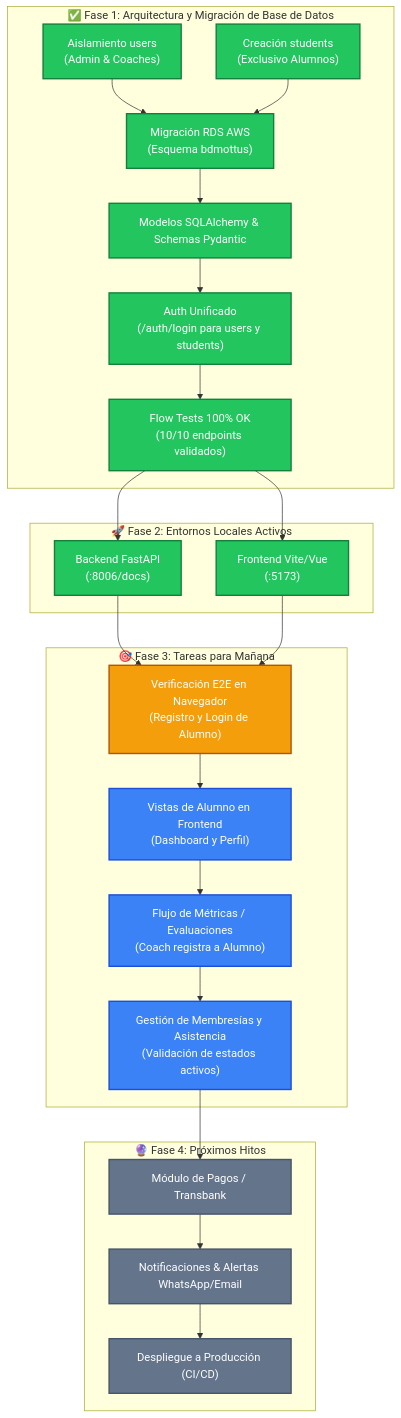
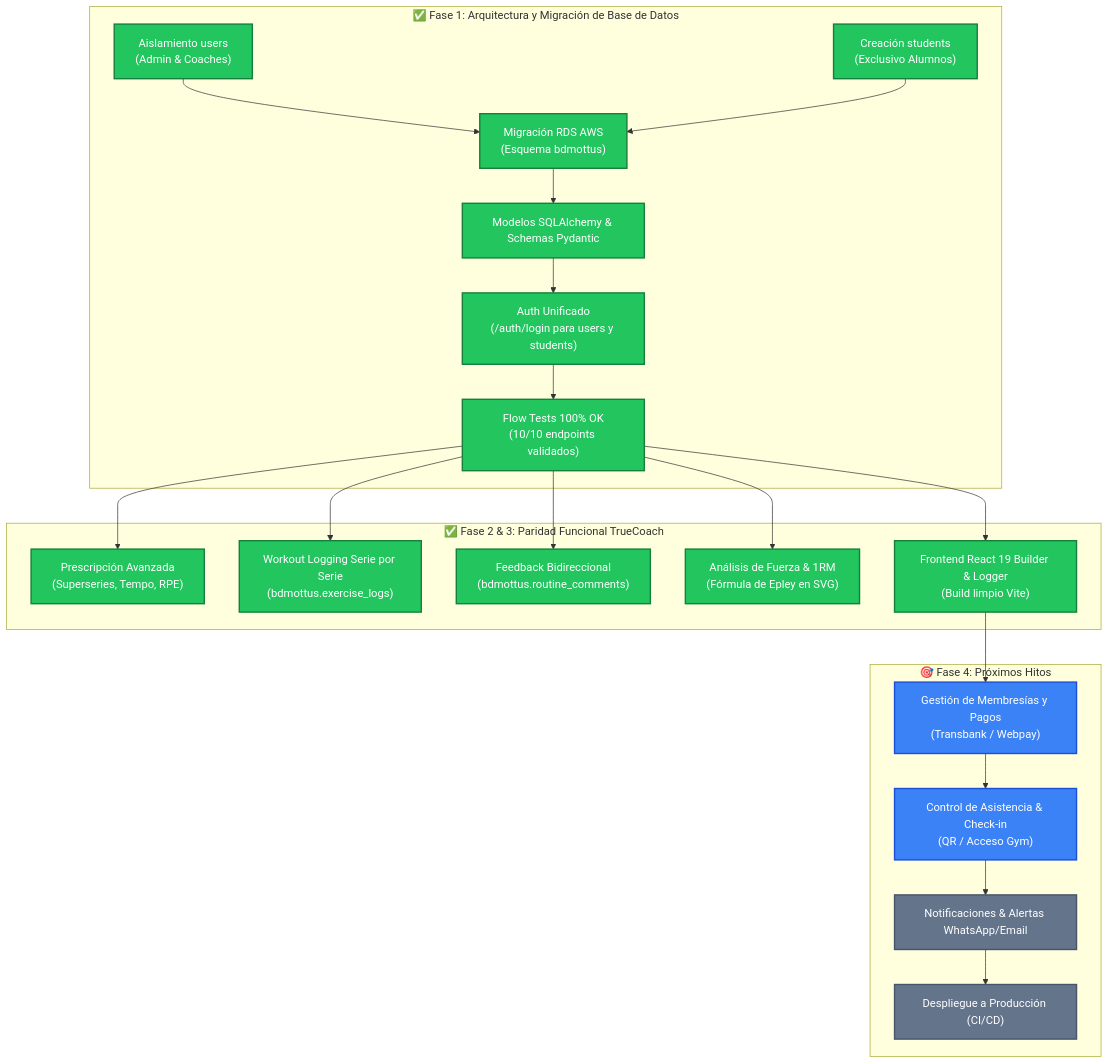
Before and after one commit to respinozav/appmottus.raevsi.cl: the diagram in ROADMAP.md, drawn with Mermaid. The commit also changed 12 other files, not shown here.

Commit message:
feat(truecoach): add set-by-set workout logging, 1RM Epley analytics, supersets and routine chat

````diff
--- a/ROADMAP.md
+++ b/ROADMAP.md
@@ -9,51 +9,41 @@
 ```mermaid
 graph TD
     %% Estilos de Nodos
     classDef done fill:#22c55e,stroke:#15803d,stroke-width:2px,color:#fff;
     classDef inProgress fill:#f59e0b,stroke:#b45309,stroke-width:2px,color:#fff;
     classDef pending fill:#3b82f6,stroke:#1d4ed8,stroke-width:2px,color:#fff;
     classDef future fill:#64748b,stroke:#475569,stroke-width:2px,color:#fff;
 
     %% Nodos Completados
     subgraph S1["✅ Fase 1: Arquitectura y Migración de Base de Datos"]
         A1["Aislamiento users<br/>(Admin & Coaches)"]:::done
         A2["Creación students<br/>(Exclusivo Alumnos)"]:::done
         A3["Migración RDS AWS<br/>(Esquema bdmottus)"]:::done
         A4["Modelos SQLAlchemy & Schemas Pydantic"]:::done
         A5["Auth Unificado<br/>(/auth/login para users y students)"]:::done
         A6["Flow Tests 100% OK<br/>(10/10 endpoints validados)"]:::done
     end
 
-    %% Nodos En Progreso / Listo para probar
-    subgraph S2["🚀 Fase 2: Entornos Locales Activos"]
-        B1["Backend FastAPI<br/>(:8006/docs)"]:::done
-        B2["Frontend Vite/Vue<br/>(:5173)"]:::done
+    %% Nodos TrueCoach Completados
+    subgraph S2["✅ Fase 2 & 3: Paridad Funcional TrueCoach"]
+        B1["Prescripción Avanzada<br/>(Superseries, Tempo, RPE)"]:::done
+        B2["Workout Logging Serie por Serie<br/>(bdmottus.exercise_logs)"]:::done
+        B3["Feedback Bidireccional<br/>(bdmottus.routine_comments)"]:::done
+        B4["Análisis de Fuerza & 1RM<br/>(Fórmula de Epley en SVG)"]:::done
+        B5["Frontend React 19 Builder & Logger<br/>(Build limpio Vite)"]:::done
     end
 
-    %% Nodos Pendientes para Mañana
-    subgraph S3["🎯 Fase 3: Tareas para Mañana"]
-        C1["Verificación E2E en Navegador<br/>(Registro y Login de Alumno)"]:::inProgress
-        C2["Vistas de Alumno en Frontend<br/>(Dashboard y Perfil)"]:::pending
-        C3["Flujo de Métricas / Evaluaciones<br/>(Coach registra a Alumno)"]:::pending
-        C4["Gestión de Membresías y Asistencia<br/>(Validación de estados activos)"]:::pending
-    end
-
-    %% Fase Futura
-    subgraph S4["🔮 Fase 4: Próximos Hitos"]
-        D1["Módulo de Pagos / Transbank"]:::future
-        D2["Notificaciones & Alertas WhatsApp/Email"]:::future
-        D3["Despliegue a Producción (CI/CD)"]:::future
+    %% Nodos Pendientes
+    subgraph S3["🎯 Fase 4: Próximos Hitos"]
+        C1["Gestión de Membresías y Pagos<br/>(Transbank / Webpay)"]:::pending
+        C2["Control de Asistencia & Check-in<br/>(QR / Acceso Gym)"]:::pending
+        C3["Notificaciones & Alertas WhatsApp/Email"]:::future
+        C4["Despliegue a Producción (CI/CD)"]:::future
     end
 
     %% Relaciones
     A1 & A2 --> A3
     A3 --> A4 --> A5 --> A6
-    A6 --> B1 & B2
-    B1 & B2 --> C1
-    C1 --> C2
-    C2 --> C3
-    C3 --> C4
-    C4 --> D1
-    D1 --> D2
-    D2 --> D3
+    A6 --> B1 & B2 & B3 & B4 & B5
+    B5 --> C1 --> C2 --> C3 --> C4
 ```
````
